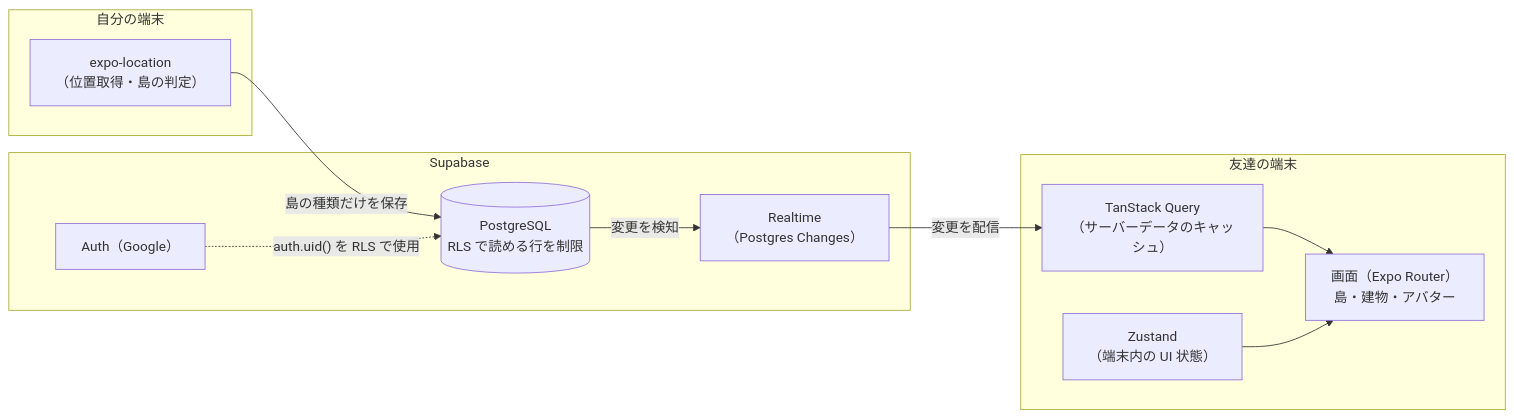
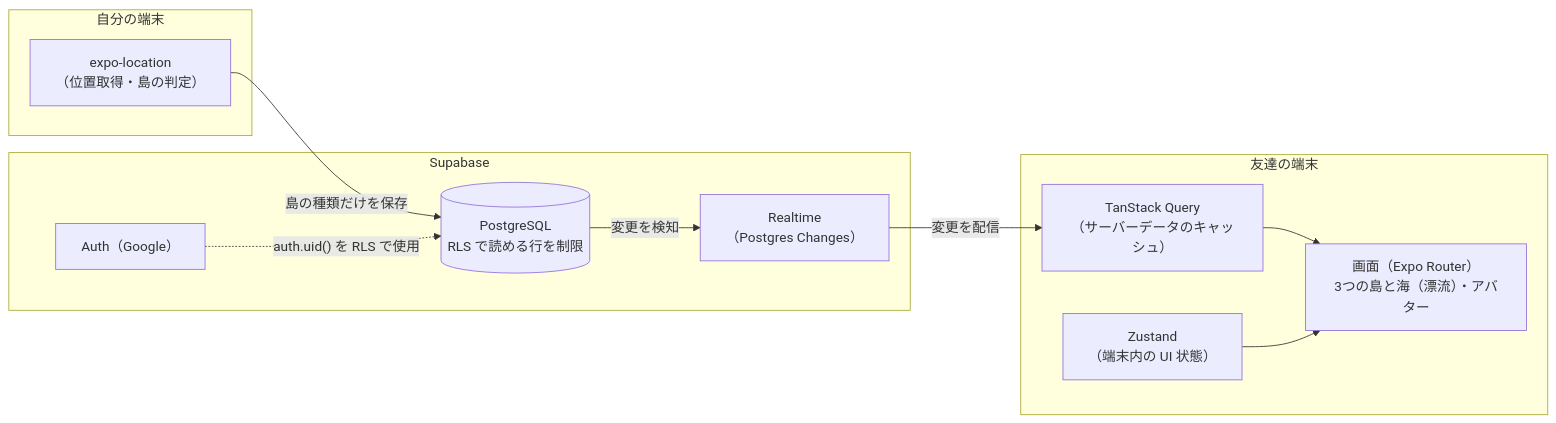
Before and after one commit to keee0053/shimanchu: the first of 2 diagrams in docs/ARCHITECTURE.md, drawn with Mermaid. The commit also changed 1 other file, not shown here.

Commit message:
docs: 島の判定と表示の方式（#29）を追記

````diff
--- a/docs/ARCHITECTURE.md
+++ b/docs/ARCHITECTURE.md
@@ -10,25 +10,25 @@
 ```mermaid
 flowchart LR
   subgraph me["自分の端末"]
     loc["expo-location<br/>（位置取得・島の判定）"]
   end
 
   subgraph supabase["Supabase"]
     auth["Auth（Google）"]
     db[("PostgreSQL<br/>RLS で読める行を制限")]
     rt["Realtime<br/>（Postgres Changes）"]
   end
 
   subgraph friend["友達の端末"]
     query["TanStack Query<br/>（サーバーデータのキャッシュ）"]
     zustand["Zustand<br/>（端末内の UI 状態）"]
-    screen["画面（Expo Router）<br/>島・建物・アバター"]
+    screen["画面（Expo Router）<br/>3つの島と海（漂流）・アバター"]
   end
 
   loc -- "島の種類だけを保存" --> db
   auth -. "auth.uid() を RLS で使用" .-> db
   db -- "変更を検知" --> rt
   rt -- "変更を配信" --> query
   query --> screen
   zustand --> screen
 ```
````
